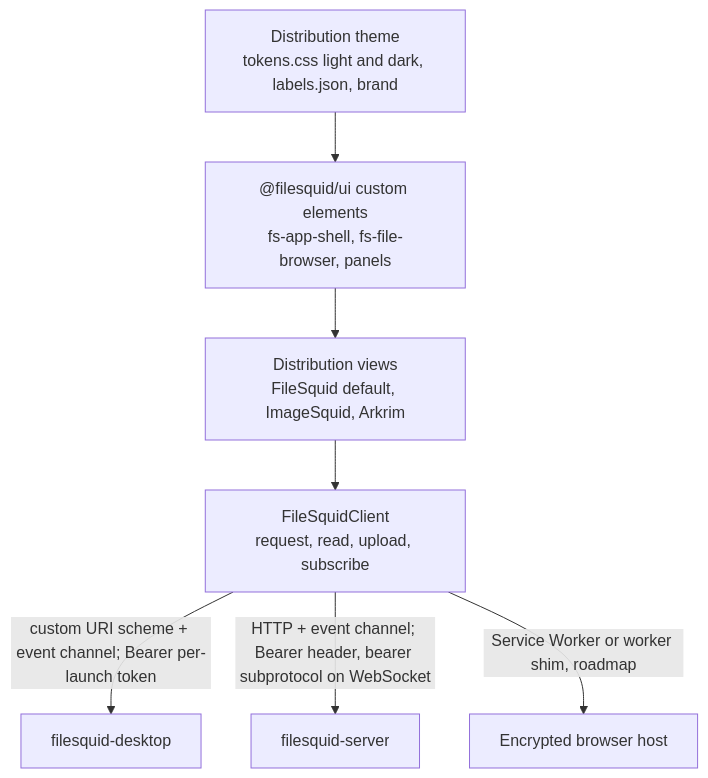
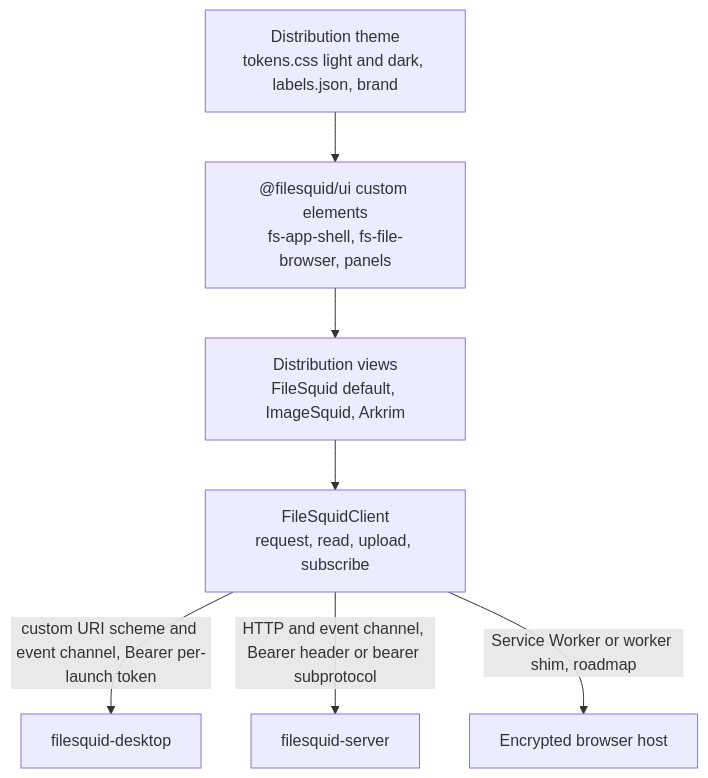
Before and after one commit to arkrim-tech/filesquid: the fourth of 12 diagrams in resources/architecture.md, drawn with Mermaid. The commit also changed other lines of this file and 13 other files, not shown here.

````diff
--- a/resources/architecture.md
+++ b/resources/architecture.md
@@ -247,13 +247,13 @@
 ```mermaid
 flowchart TD
     Tokens["Distribution theme<br/>tokens.css light and dark, labels.json, brand"]
     Elements["@filesquid/ui custom elements<br/>fs-app-shell, fs-file-browser, panels"]
     Views["Distribution views<br/>FileSquid default, ImageSquid, Arkrim"]
     Client["FileSquidClient<br/>request, read, upload, subscribe"]
     Tokens --> Elements
     Elements --> Views
     Views --> Client
-    Client -->|custom URI scheme + event channel; Bearer per-launch token| Desktop[filesquid-desktop]
-    Client -->|HTTP + event channel; Bearer header, bearer subprotocol on WebSocket| Server[filesquid-server]
+    Client -->|custom URI scheme and event channel, Bearer per-launch token| Desktop[filesquid-desktop]
+    Client -->|HTTP and event channel, Bearer header or bearer subprotocol| Server[filesquid-server]
     Client -->|Service Worker or worker shim, roadmap| Browser[Encrypted browser host]
 ```
````
